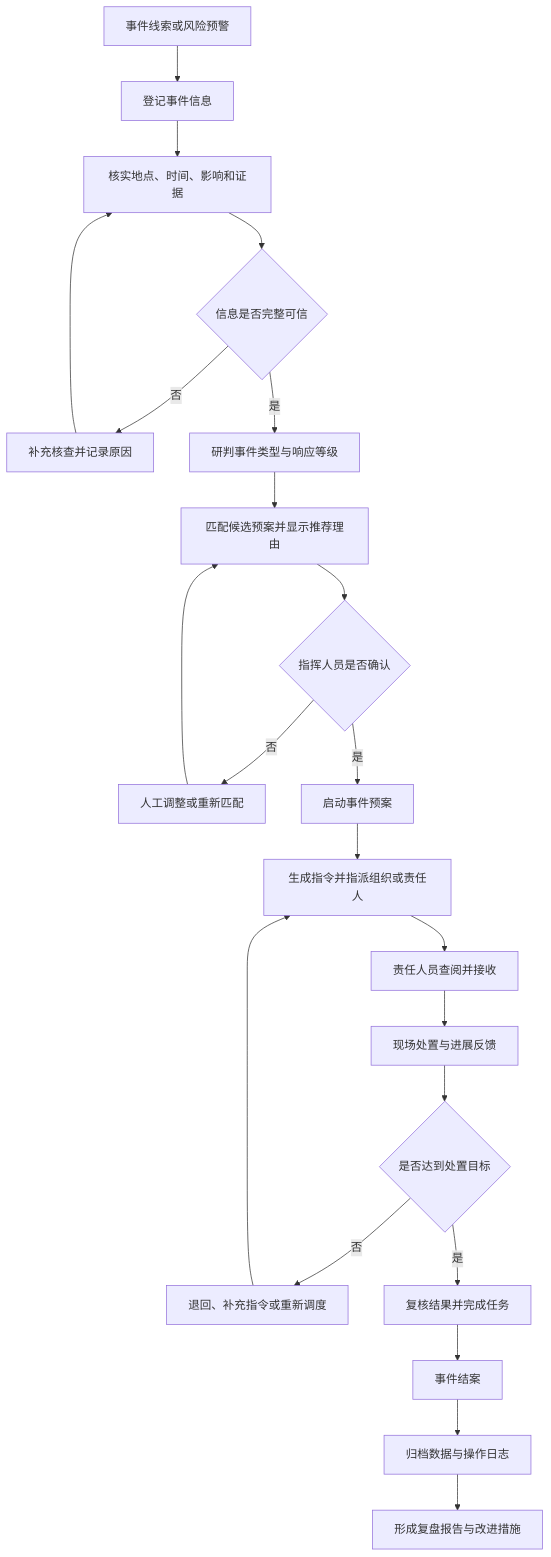
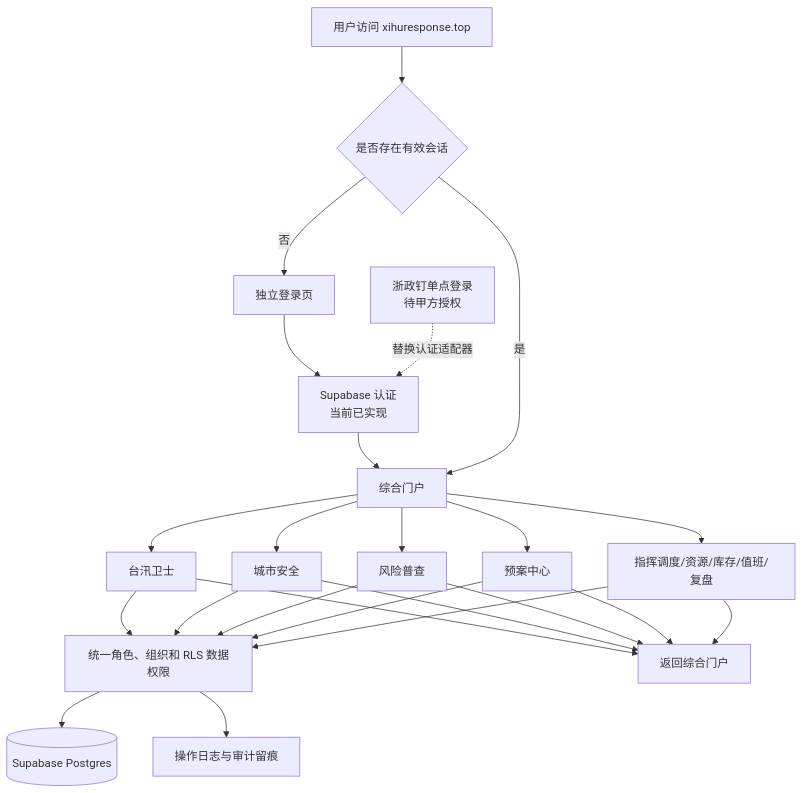
One commit to Robot-TZ/xihu-emergency-management-platform changed the first of 5 diagrams in docs/SOP.md. Above: the diagram before and after it, drawn with Mermaid. The commit also changed other lines of this file and 2 other files, not shown here.

````diff
--- a/docs/SOP.md
+++ b/docs/SOP.md
@@ -5,24 +13,18 @@
 ```mermaid
 flowchart TD
-    A[事件线索或风险预警] --> B[登记事件信息]
-    B --> C[核实地点、时间、影响和证据]
-    C --> D{信息是否完整可信}
-    D -- 否 --> E[补充核查并记录原因]
-    E --> C
-    D -- 是 --> F[研判事件类型与响应等级]
-    F --> G[匹配候选预案并显示推荐理由]
-    G --> P{指挥人员是否确认}
-    P -- 否 --> Q[人工调整或重新匹配]
-    Q --> G
-    P -- 是 --> R[启动事件预案]
-    R --> H[生成指令并指派组织或责任人]
-    H --> I[责任人员查阅并接收]
-    I --> J[现场处置与进展反馈]
-    J --> K{是否达到处置目标}
-    K -- 否 --> L[退回、补充指令或重新调度]
-    L --> H
-    K -- 是 --> M[复核结果并完成任务]
-    M --> N[事件结案]
-    N --> O[归档数据与操作日志]
-    O --> S[形成复盘报告与改进措施]
+    U[用户访问 xihuresponse.top] --> S{是否存在有效会话}
+    S -- 否 --> L[独立登录页]
+    L --> A[Supabase 认证<br/>当前已实现]
+    Z[浙政钉单点登录<br/>待甲方授权] -. 替换认证适配器 .-> A
+    A --> P[综合门户]
+    S -- 是 --> P
+    P --> T[台汛卫士]
+    P --> C[城市安全]
+    P --> R[风险普查]
+    P --> Y[预案中心]
+    P --> O[指挥调度/资源/库存/值班/复盘]
+    T & C & R & Y & O --> G[统一角色、组织和 RLS 数据权限]
+    G --> D[(Supabase Postgres)]
+    G --> J[操作日志与审计留痕]
+    T & C & R & Y & O --> B[返回综合门户]
 ```
````
